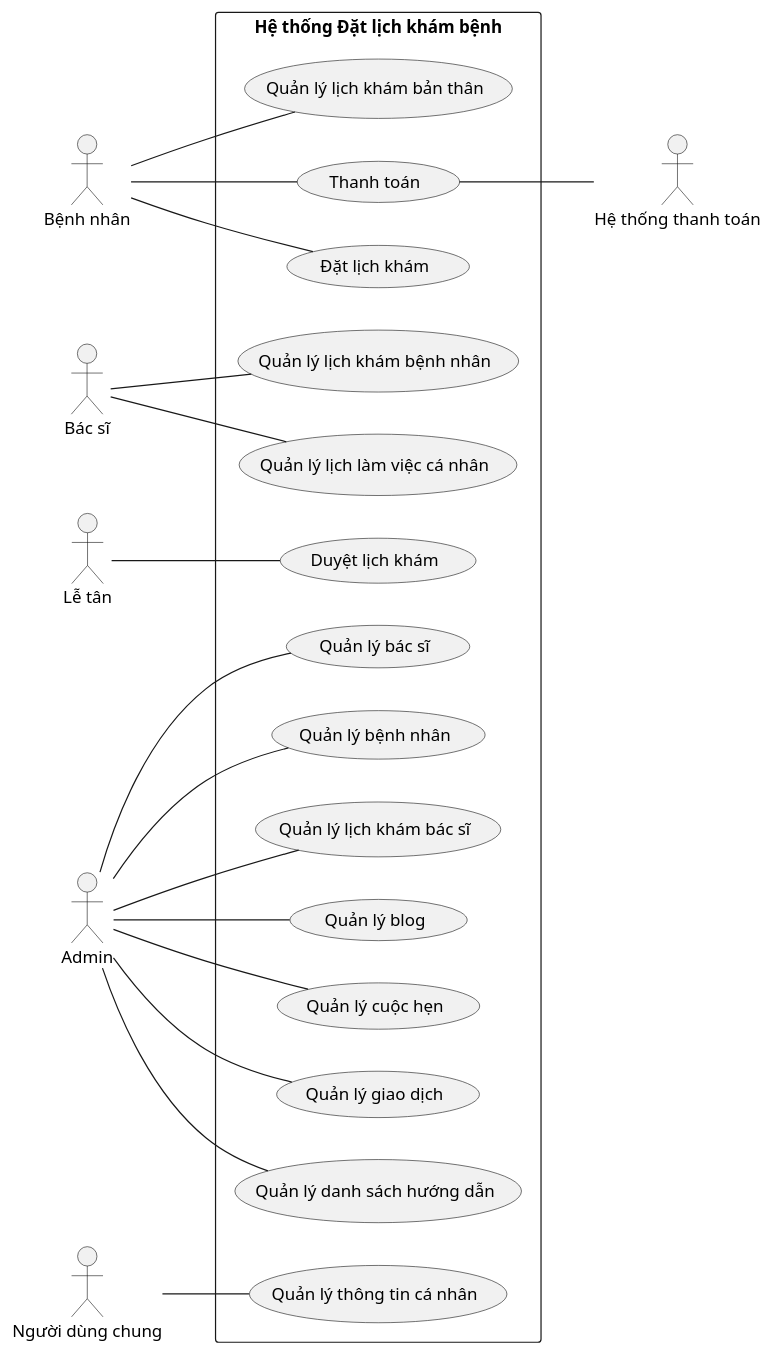
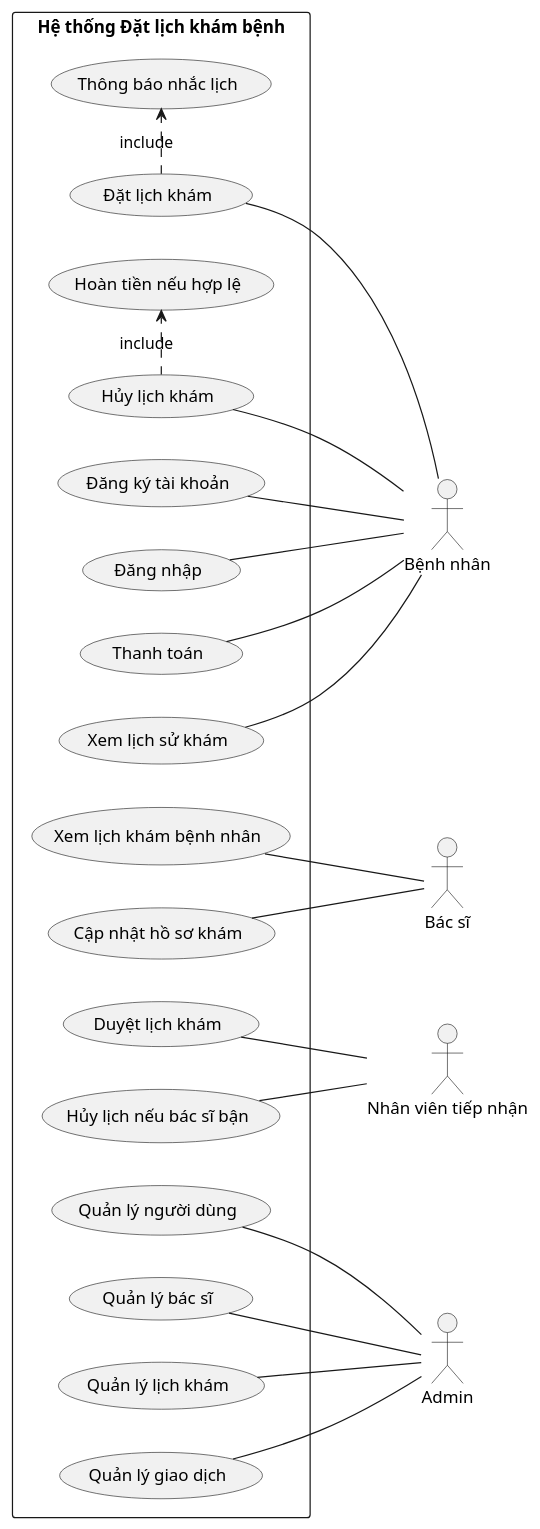
Before and after one commit to KhoaSinno/figma_HOMEX: the diagram in Diagram_PlantUML/UsecaseDia/UsecaseDiagram.puml, drawn with PlantUML. The commit also changed 2 other files, not shown here.

```diff
--- a/Diagram_PlantUML/UsecaseDia/UsecaseDiagram.puml
+++ b/Diagram_PlantUML/UsecaseDia/UsecaseDiagram.puml
@@ -1,32 +1,31 @@
-@startUml ChatGPT gen Raw data
+@startuml
 left to right direction
 
 actor "Bệnh nhân" as Patient
 actor "Bác sĩ" as Doctor
-actor "Lễ tân" as Receptionist
+actor "Nhân viên tiếp nhận" as Receptionist
 actor "Admin" as Admin
-actor "Hệ thống thanh toán" as PaymentSystem
-actor "Người dùng chung" as User
 
 rectangle "Hệ thống Đặt lịch khám bệnh" {
-    User -- (Quản lý thông tin cá nhân)
+    (Đăng ký tài khoản) -- Patient
+    (Đăng nhập) -- Patient
+    (Đặt lịch khám) -- Patient
+    (Hủy lịch khám) -- Patient
+    (Thanh toán) -- Patient
+    (Xem lịch sử khám) -- Patient
+    
+    (Đặt lịch khám) .> (Thông báo nhắc lịch) : include
+    (Hủy lịch khám) .> (Hoàn tiền nếu hợp lệ) : include
 
-    Patient -- (Đặt lịch khám)
-    Patient -- (Quản lý lịch khám bản thân)
-    Patient -- (Thanh toán) 
-    (Thanh toán) -- PaymentSystem
-
-    Doctor -- (Quản lý lịch khám bệnh nhân)
-    Doctor -- (Quản lý lịch làm việc cá nhân)
-
-    Receptionist -- (Duyệt lịch khám)
-
-    Admin -- (Quản lý bác sĩ)
-    Admin -- (Quản lý bệnh nhân)
-    Admin -- (Quản lý lịch khám bác sĩ)
-    Admin -- (Quản lý blog)
-    Admin -- (Quản lý cuộc hẹn)
-    Admin -- (Quản lý giao dịch)
-    Admin -- (Quản lý danh sách hướng dẫn)
+    (Xem lịch khám bệnh nhân) -- Doctor
+    (Cập nhật hồ sơ khám) -- Doctor
+    
+    (Duyệt lịch khám) -- Receptionist
+    (Hủy lịch nếu bác sĩ bận) -- Receptionist
+    
+    (Quản lý người dùng) -- Admin
+    (Quản lý bác sĩ) -- Admin
+    (Quản lý lịch khám) -- Admin
+    (Quản lý giao dịch) -- Admin
 }
-@endUml 
+@enduml
```
